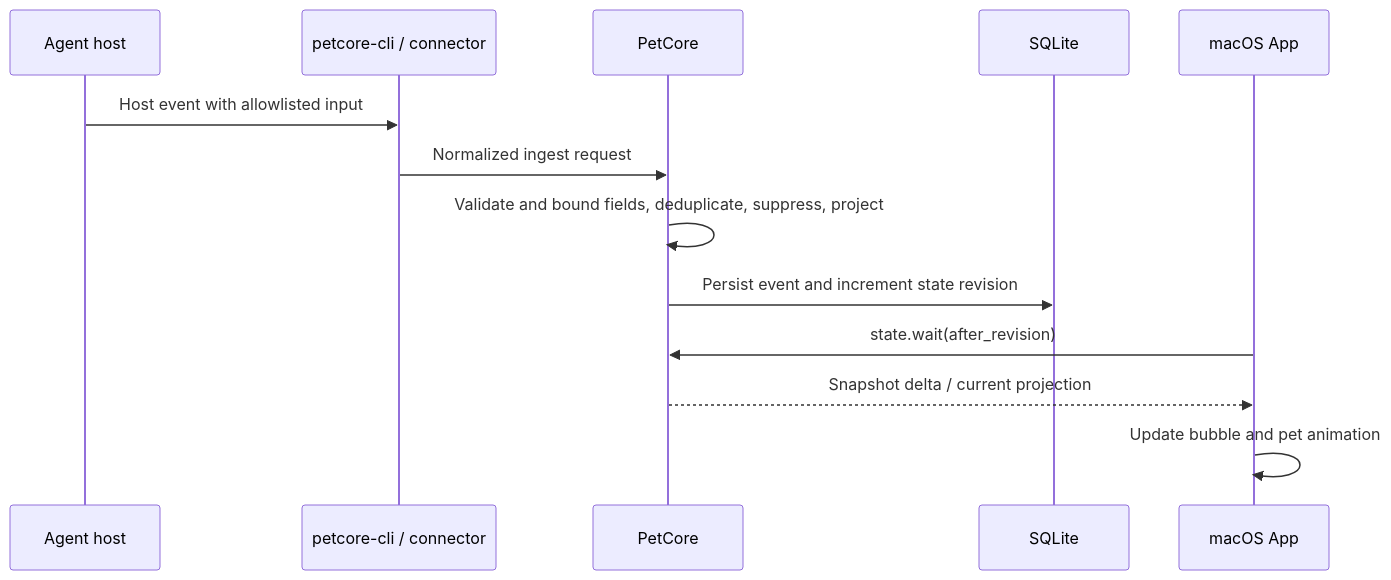
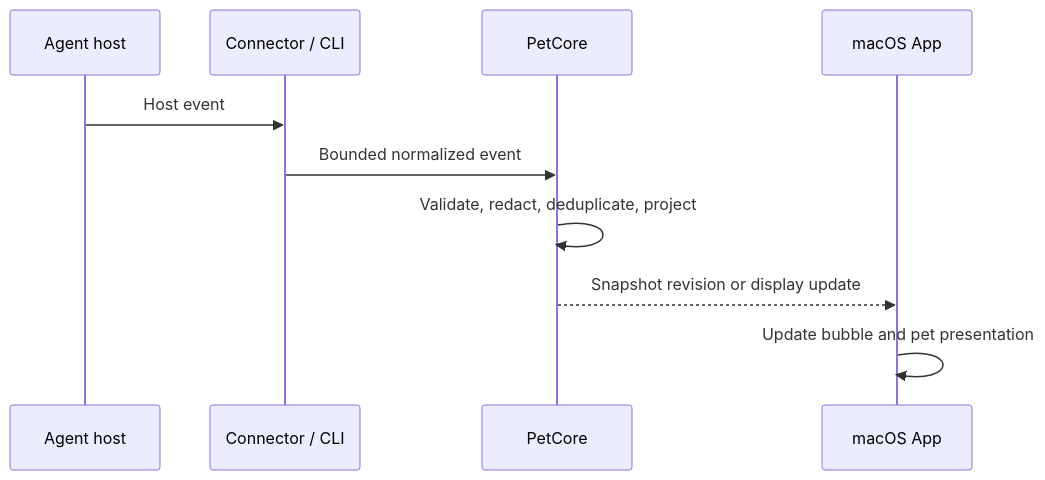
The second of 2 diagrams in docs/architecture/overview.md (xjxtree/agent-pet-companion), drawn with Mermaid before and after one commit. The commit also changed other lines of this file and 91 other files, not shown here.

````diff
--- a/docs/architecture/overview.md
+++ b/docs/architecture/overview.md
@@ -121,15 +63,12 @@
 ```mermaid
 sequenceDiagram
     participant H as Agent host
-    participant C as petcore-cli / connector
+    participant C as Connector / CLI
     participant P as PetCore
-    participant D as SQLite
     participant A as macOS App
-    H->>C: Host event with allowlisted input
-    C->>P: Normalized ingest request
-    P->>P: Validate and bound fields, deduplicate, suppress, project
-    P->>D: Persist event and increment state revision
-    A->>P: state.wait(after_revision)
-    P-->>A: Snapshot delta / current projection
-    A->>A: Update bubble and pet animation
+    H->>C: Host event
+    C->>P: Bounded normalized event
+    P->>P: Validate, redact, deduplicate, project
+    P-->>A: Snapshot revision or display update
+    A->>A: Update bubble and pet presentation
 ```
````
